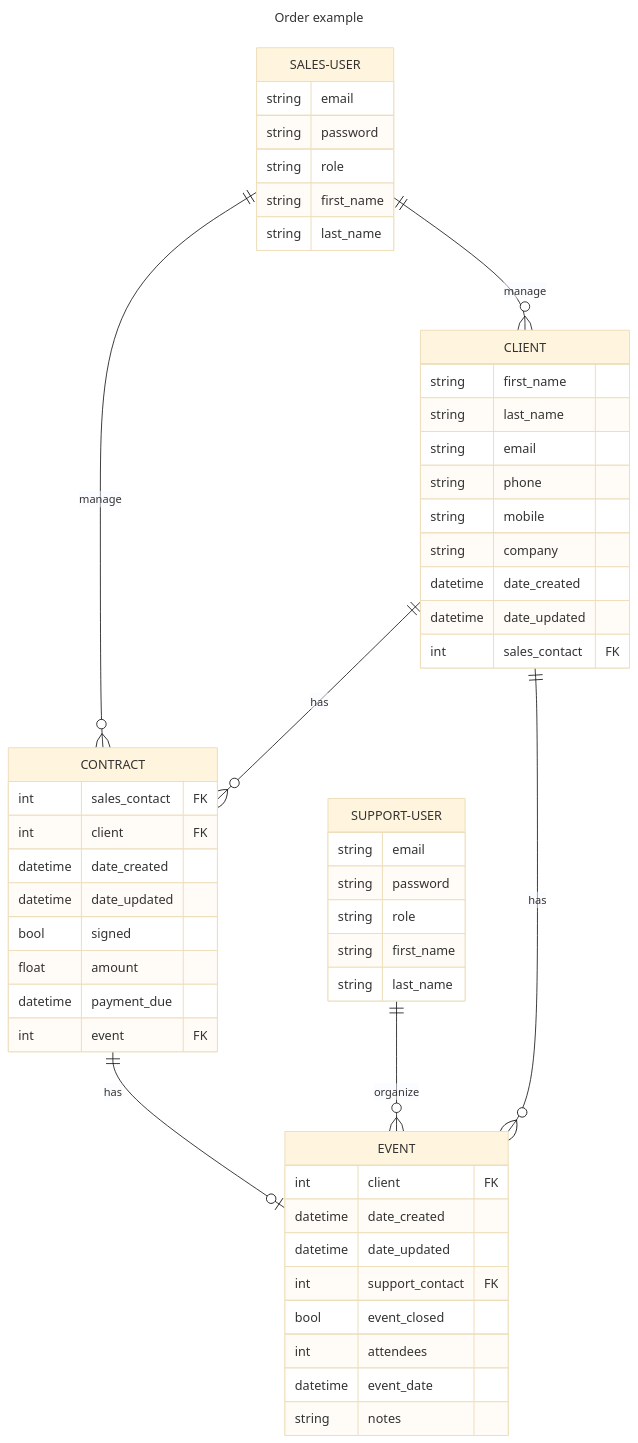
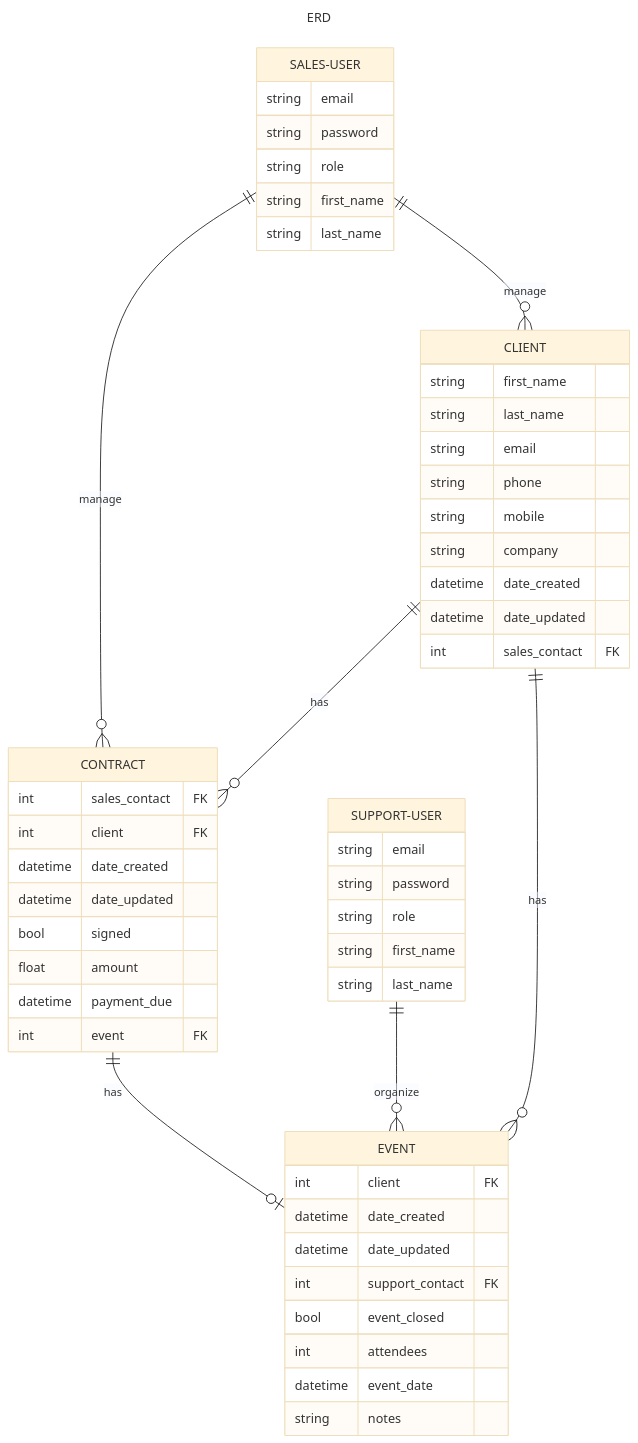
Before and after one commit to Meez25/Epic-Events-CRM: the diagram in README.md, drawn with Mermaid (base theme).

Commit message:
changed title

````diff
--- a/README.md
+++ b/README.md
@@ -43,58 +43,58 @@
 ```mermaid
 ---
-title: Order example
+title: ERD
 ---
 erDiagram
     SALES-USER ||--o{ CONTRACT : manage
     SALES-USER ||--o{ CLIENT : manage
     CLIENT ||--o{ CONTRACT : has
     CLIENT ||--o{ EVENT : has
     CONTRACT ||--o| EVENT : has
     SUPPORT-USER ||--o{ EVENT : organize
 
     SALES-USER {
         string email
         string password
         string role
         string first_name
         string last_name
     }
     CLIENT {
         string first_name
         string last_name
         string email
         string phone
         string mobile
         string company
         datetime date_created
         datetime date_updated
         int sales_contact FK
     }
     CONTRACT {
         int sales_contact FK
         int client FK
         datetime date_created
         datetime date_updated
         bool signed
         float amount
         datetime payment_due
         int event FK
     }
     EVENT {
         int client FK
         datetime date_created
         datetime date_updated
         int support_contact FK
         bool event_closed
         int attendees
         datetime event_date
         string notes
     }
     SUPPORT-USER {
         string email
         string password
         string role
         string first_name
         string last_name
     }
 ```
````
